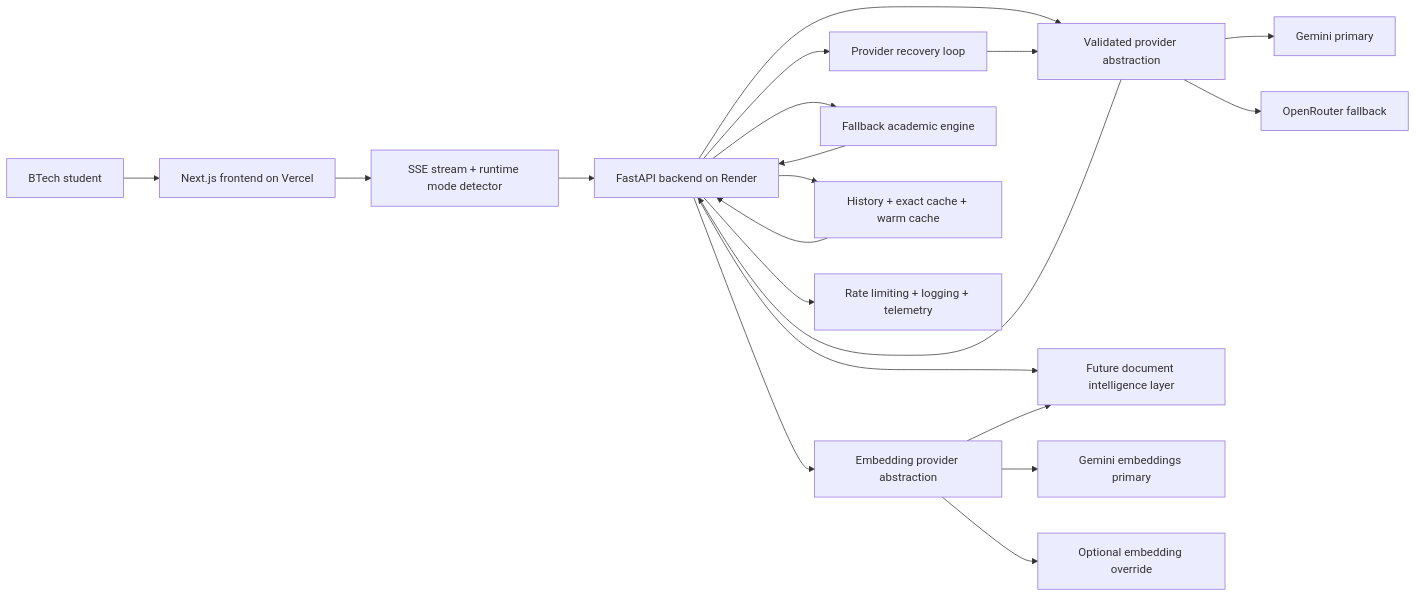
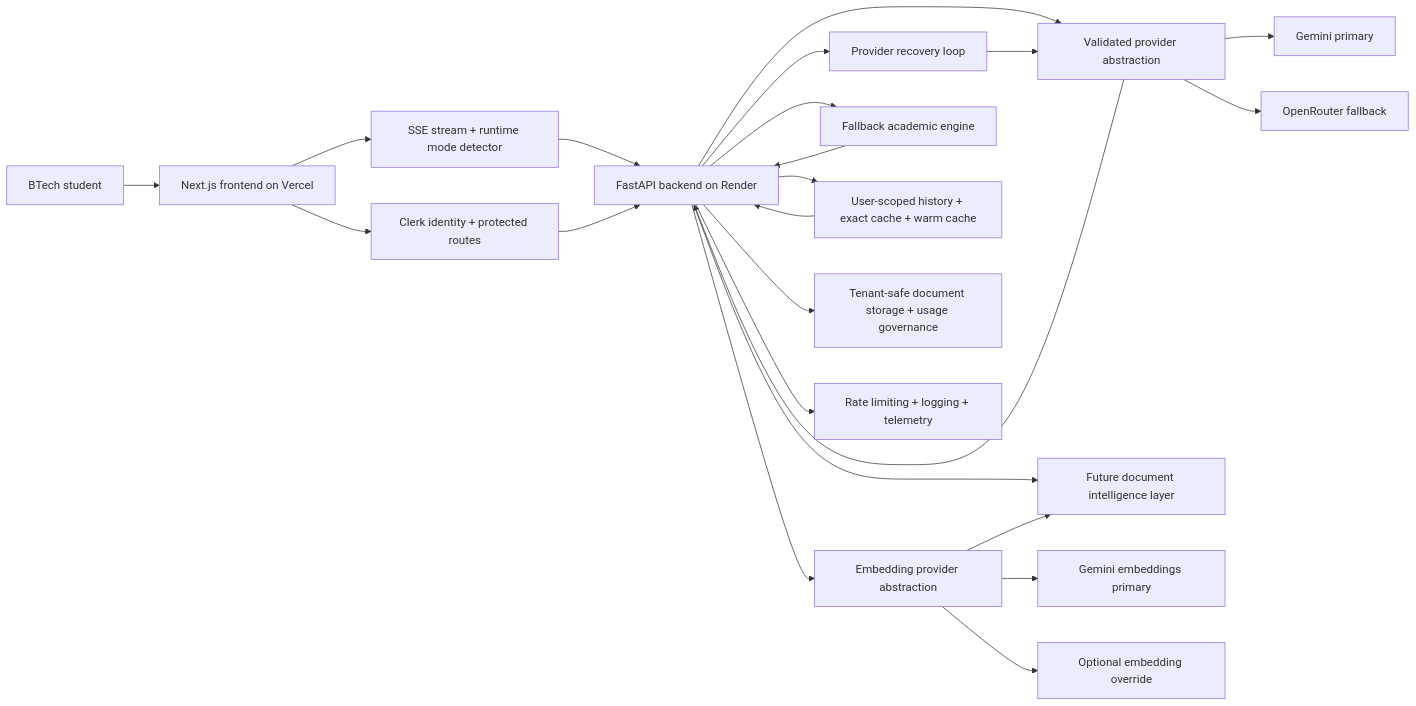
Before and after one commit to tauqxxr7/scholr: the diagram in README.md, drawn with Mermaid. The commit also changed other lines of this file and 2 other files, not shown here.

Commit message:
Document Scholr SaaS identity foundation

````diff
--- a/README.md
+++ b/README.md
@@ -241,22 +242,25 @@
 ```mermaid
 flowchart LR
     User["BTech student"] --> Frontend["Next.js frontend on Vercel"]
+    Frontend --> Auth["Clerk identity + protected routes"]
     Frontend --> Stream["SSE stream + runtime mode detector"]
     Stream --> Backend["FastAPI backend on Render"]
+    Auth --> Backend
     Backend --> Provider["Validated provider abstraction"]
     Backend --> Embeddings["Embedding provider abstraction"]
     Backend --> Recovery["Provider recovery loop"]
     Backend --> Fallback["Fallback academic engine"]
-    Backend --> Cache["History + exact cache + warm cache"]
+    Backend --> Cache["User-scoped history + exact cache + warm cache"]
+    Backend --> Tenancy["Tenant-safe document storage + usage governance"]
     Backend --> RAG["Future document intelligence layer"]
     Backend --> Logs["Rate limiting + logging + telemetry"]
     Provider --> Gemini["Gemini primary"]
     Provider --> OpenRouter["OpenRouter fallback"]
     Embeddings --> GemEmbed["Gemini embeddings primary"]
     Embeddings --> EmbedFallback["Optional embedding override"]
     Provider --> Backend
     Embeddings --> RAG
     Recovery --> Provider
     Fallback --> Backend
     Cache --> Backend
 ```
````
